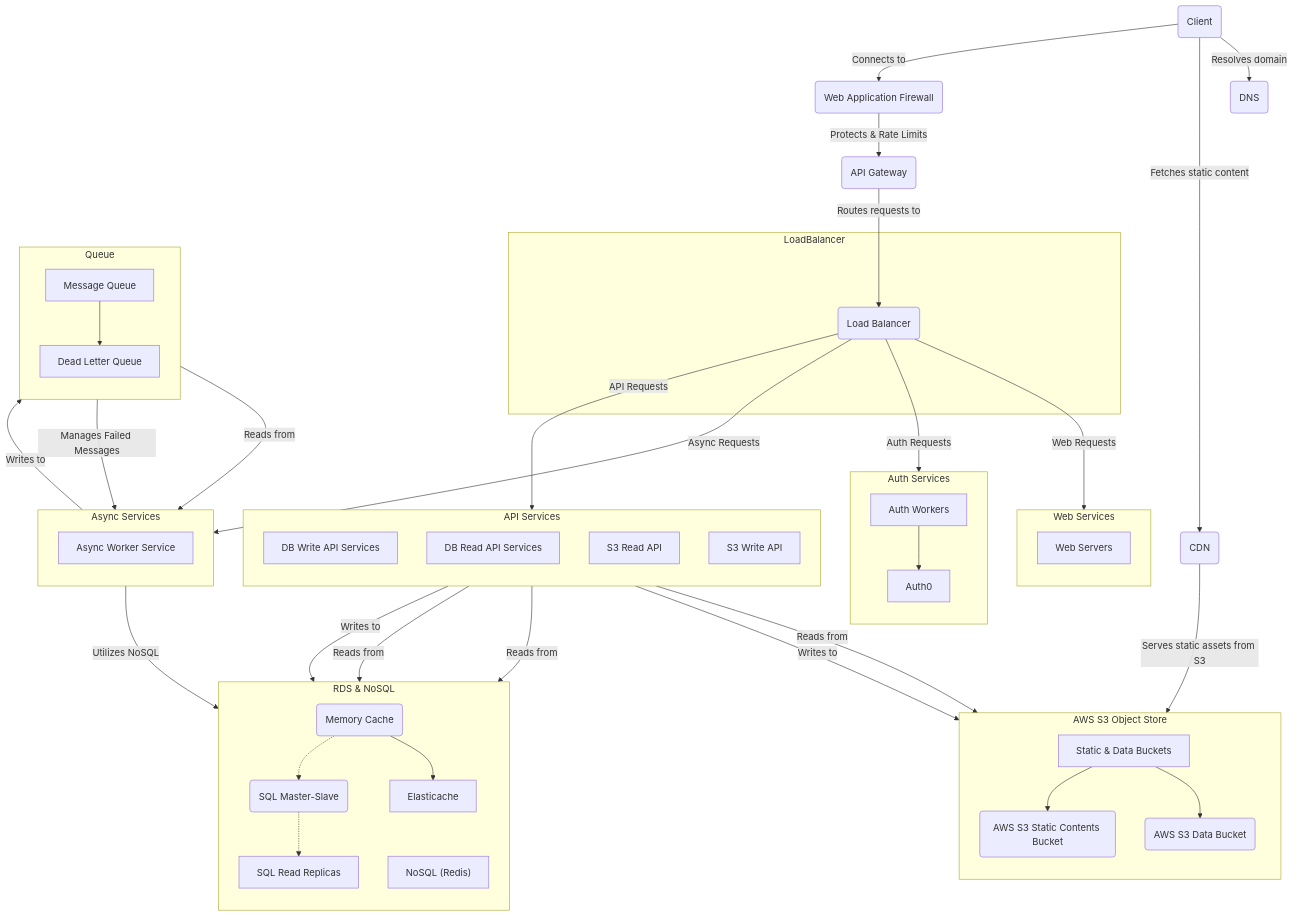
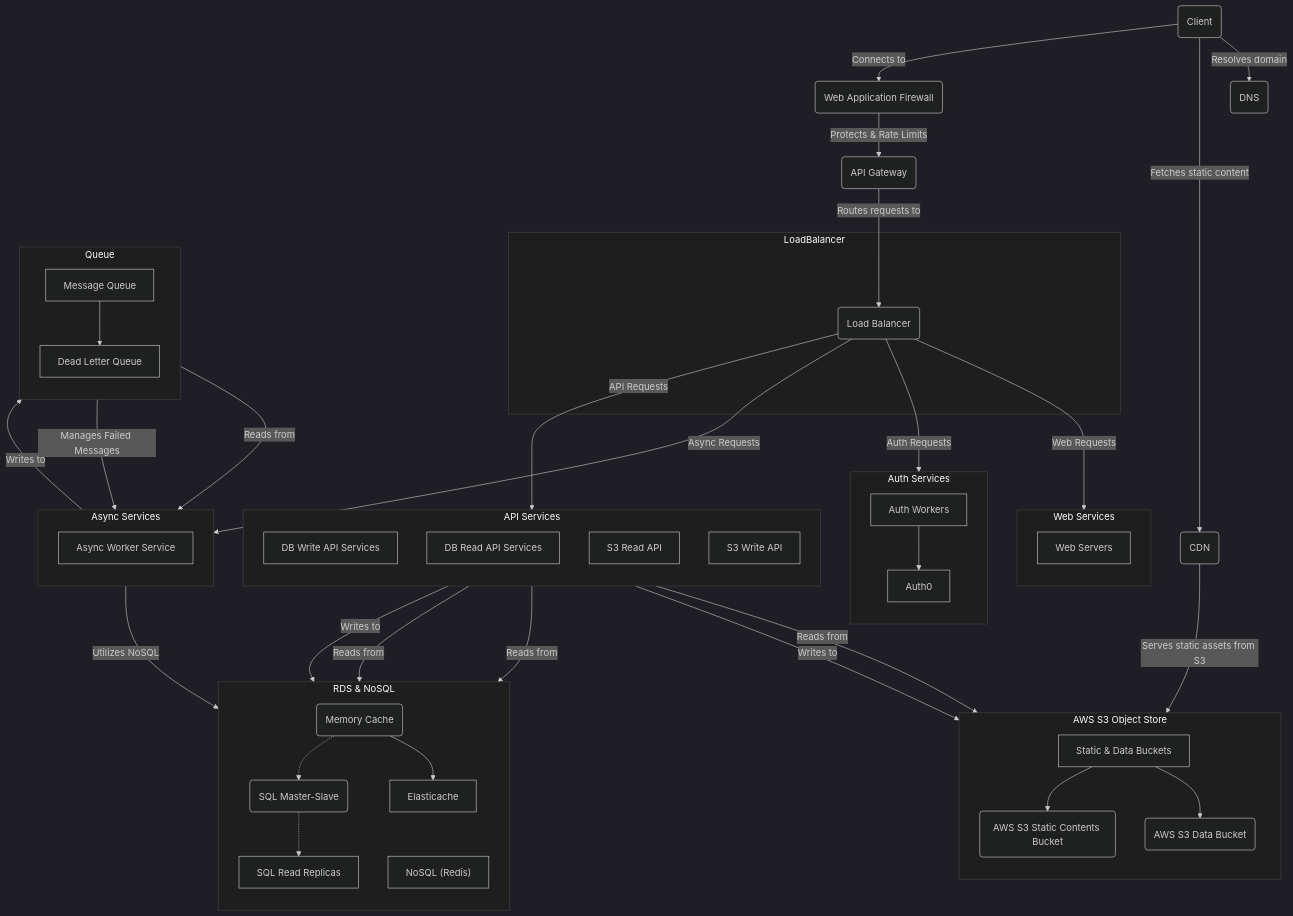
Before and after one commit to hemzaz/mermaids: the diagram in complex_web_app.mermaid, drawn with Mermaid. The commit also changed 15 other files, not shown here.

```diff
--- a/complex_web_app.mermaid
+++ b/complex_web_app.mermaid
@@ -1,67 +1,80 @@
+%%{init: {'theme':'dark', 'themeVariables': { 
+    'primaryColor': '#FF9900', 
+    'primaryBorderColor': '#E88A00', 
+    'primaryTextColor': '#fff',
+    'secondaryColor': '#232F3E',
+    'tertiaryColor': '#527FFF',
+    'lineColor': '#CCCCCC',
+    'textColor': '#CCCCCC',
+    'clusterBkg': '#1E1E1E',
+    'clusterBorder': '#444444',
+    'background': '#282a36'
+}}}%%
+
 graph TD
     Client(Client) -->|Resolves domain| DNS(DNS)
     Client -->|Fetches static content| CDN(CDN)
     Client -->|Connects to| WAF(Web Application Firewall)
 
     WAF -->|Protects & Rate Limits| APIGWS(API Gateway)
     APIGWS -->|Routes requests to| LB
     CDN -->|Serves static assets from S3|S3AWS
 
     subgraph LoadBalancer
         LB("Load Balancer")
     end
 
     subgraph WS[Web Services]
         direction TB
         WebServer1[Web Servers]
     end
 
     subgraph Auth[Auth Services]
         direction TB
         AuthWorkers[Auth Workers] --> IDP[Auth0]
     end
 
     subgraph AS[Async Services]
         direction TB
         AsyncWorkerServiceNamespace[Async Worker Service]
     end
 
     subgraph API[API Services]
         direction TB
         DBWriteAPI[DB Write API Services]
         DBReadAPI[DB Read API Services]
         S3ReadAPI[S3 Read API]
         S3WriteAPI[S3 Write API]
     end
 
     subgraph RDS["RDS & NoSQL"]
         direction TB
         MemoryCache(Memory Cache) -.-> SQLMasterSlave(SQL Master-Slave)
         SQLMasterSlave -.-> SQLReadReplicas[SQL Read Replicas]
         MemoryCache --> Elasticache["Elasticache"]
         NoSQLDB["NoSQL (Redis)"]
     end
 
     subgraph Queue
         direction TB
         q["Message Queue"] --> DLQ[Dead Letter Queue]
     end
 
     subgraph S3AWS["AWS S3 Object Store"]
         direction TB
         S3["Static & Data Buckets"] --> staticContents(AWS S3 Static Contents Bucket)
         S3 --> dataBucket(AWS S3 Data Bucket)
     end
     LB-->|Web Requests| WS[Web Services]
     LB -->|Auth Requests| Auth[Auth Services]
     LB -->|Async Requests| AS[Async Services]
     LB -->|API Requests| API[API Services]
     AS -->|Utilizes NoSQL| NoSQLDB
     AS --> |Writes to| Queue
     Queue --> |Reads from| AS
     DLQ --> |Manages Failed Messages| AS
     DBReadAPI --> |Reads from| SQLReadReplicas
     DBReadAPI --> |Reads from| Elasticache
     DBWriteAPI -->|Writes to| SQLMasterSlave
     S3ReadAPI -->|Reads from| S3AWS
     S3WriteAPI -->|Writes to| S3AWS
```
